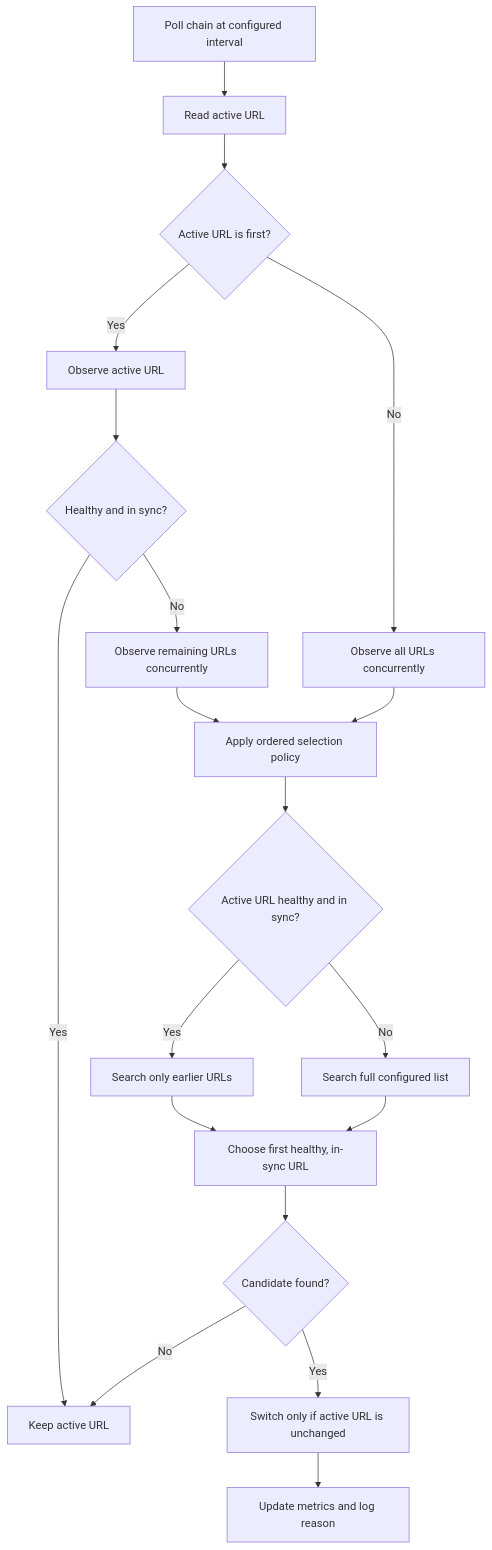
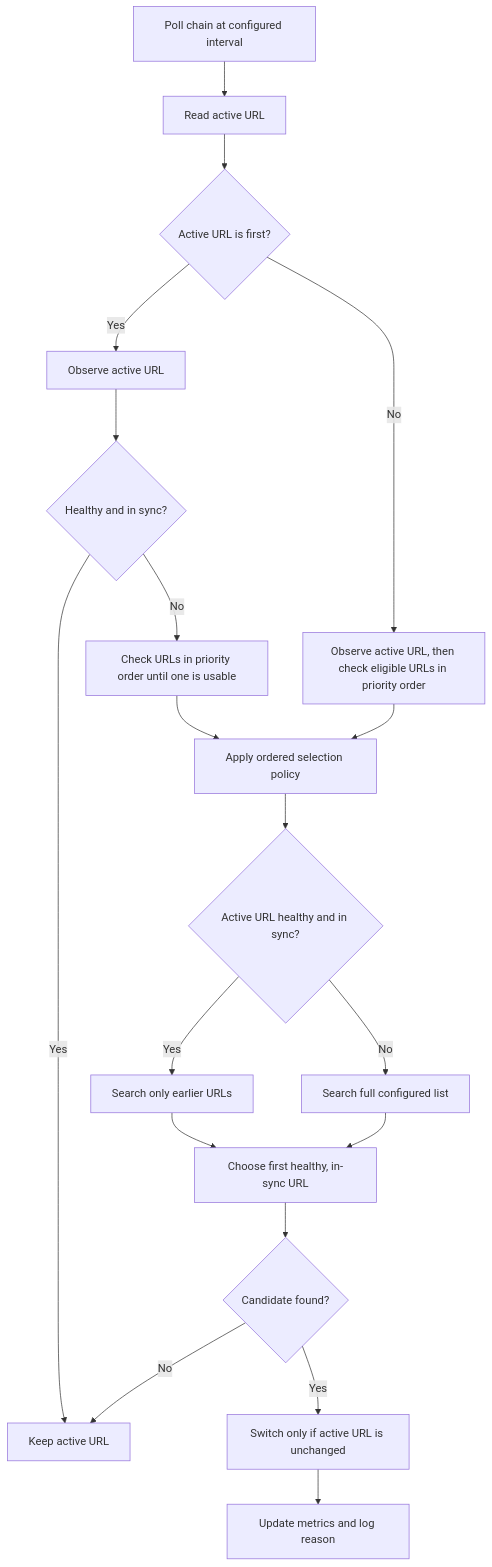
The first of 2 diagrams in core/docs/DYNODE_MONITORING.md (gemwalletcom/wallet), drawn with Mermaid before and after one commit. The commit also changed other lines of this file and 24 other files, not shown here.

````diff
--- a/core/docs/DYNODE_MONITORING.md
+++ b/core/docs/DYNODE_MONITORING.md
@@ -18,25 +29,25 @@
 ```mermaid
 flowchart TD
     Poll["Poll chain at configured interval"] --> Current["Read active URL"]
     Current --> Preferred{"Active URL is first?"}
 
     Preferred -- "Yes" --> CheckActive["Observe active URL"]
     CheckActive --> ActiveHealthy{"Healthy and in sync?"}
     ActiveHealthy -- "Yes" --> Keep["Keep active URL"]
-    ActiveHealthy -- "No" --> CheckRemaining["Observe remaining URLs concurrently"]
+    ActiveHealthy -- "No" --> CheckRemaining["Check URLs in priority order until one is usable"]
 
-    Preferred -- "No" --> CheckAll["Observe all URLs concurrently"]
+    Preferred -- "No" --> CheckEarlier["Observe active URL, then check eligible URLs in priority order"]
     CheckRemaining --> Select["Apply ordered selection policy"]
-    CheckAll --> Select
+    CheckEarlier --> Select
 
     Select --> CurrentHealthy{"Active URL healthy and in sync?"}
     CurrentHealthy -- "Yes" --> Earlier["Search only earlier URLs"]
     CurrentHealthy -- "No" --> FullList["Search full configured list"]
     Earlier --> Candidate["Choose first healthy, in-sync URL"]
     FullList --> Candidate
 
     Candidate --> Found{"Candidate found?"}
     Found -- "No" --> Keep
     Found -- "Yes" --> Switch["Switch only if active URL is unchanged"]
     Switch --> Record["Update metrics and log reason"]
 ```
````
